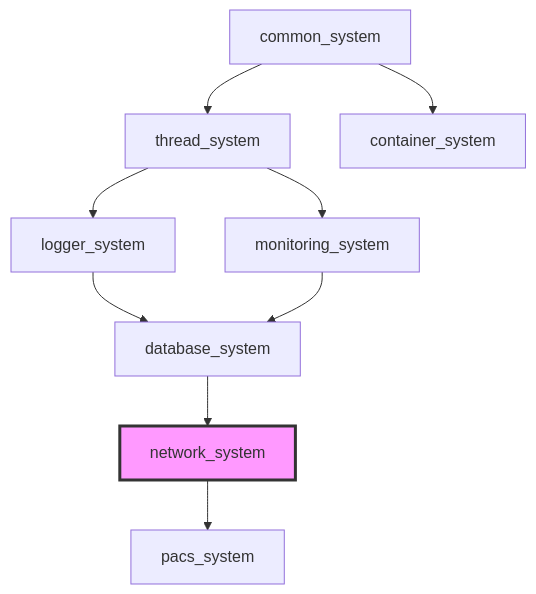
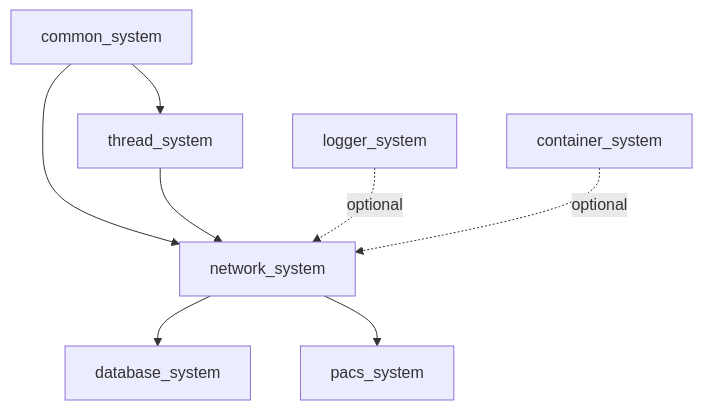
One commit to kcenon/network_system changed the diagram in README.kr.md. Above: the diagram before and after it, drawn with Mermaid. The commit also changed other lines of this file and 1 other file, not shown here.

````diff
--- a/README.kr.md
+++ b/README.kr.md
@@ -638,13 +655,10 @@
 ```mermaid
 graph TD
     A[common_system] --> B[thread_system]
-    A --> C[container_system]
-    B --> D[logger_system]
-    B --> E[monitoring_system]
-    D --> F[database_system]
-    E --> F
-    F --> G[network_system]
+    A --> G[network_system]
+    B --> G
+    C[logger_system] -. optional .-> G
+    D[container_system] -. optional .-> G
+    G --> F[database_system]
     G --> H[pacs_system]
-
-    style G fill:#f9f,stroke:#333,stroke-width:3px
 ```
````
